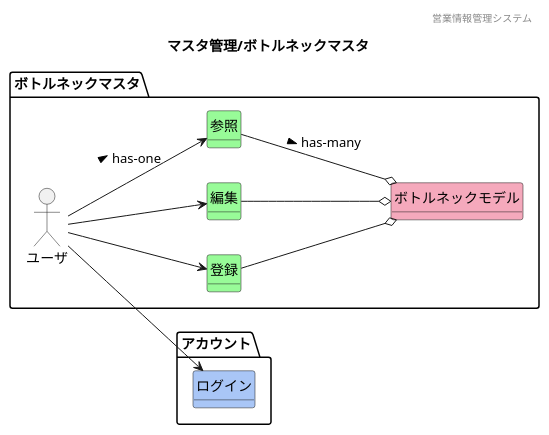
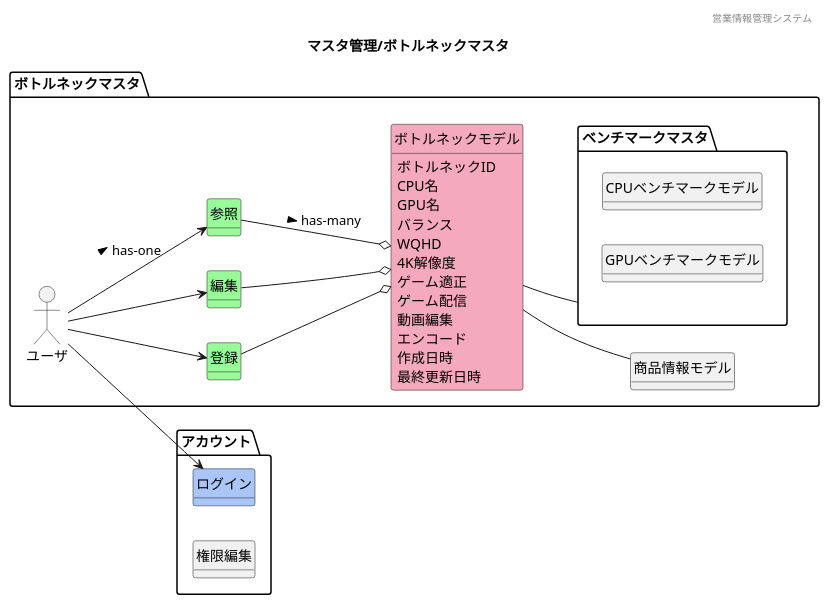
Before and after one commit to HaruShim/Sotuken: the diagram in 各種設計書/1ドメインモデル図/マスタ管理/F06ボトルネックマスタ.plantuml, drawn with PlantUML. The commit also changed 13 other files, not shown here.

```diff
--- a/各種設計書/1ドメインモデル図/マスタ管理/F06ボトルネックマスタ.plantuml
+++ b/各種設計書/1ドメインモデル図/マスタ管理/F06ボトルネックマスタ.plantuml
@@ -1,43 +1,65 @@
 @startuml images/マスタ管理/ボトルネックマスタ
 ' ヘッダー
 header 営業情報管理システム
 ' タイトル
 title マスタ管理/ボトルネックマスタ
 ' 
 hide circle
 ' 
 hide method
 left to right direction
 
 package "アカウント"{
     class "ログイン" #A9C6F6
+    class "権限編集"
 }
 
 package "ボトルネックマスタ" {
     'ユーザや外部システム
     mix_actor "ユーザ"
     class "登録" #98fb98
     class "編集" #98fb98
     class "参照" #98fb98
     class "ボトルネックモデル" #F5A9BC
+    package ベンチマークマスタ{
+        class CPUベンチマークモデル
+        class GPUベンチマークモデル
+    }
+    class 商品情報モデル
     ' class "" #F5A9BC
     ' class "" #ffd700
 
     'モデル同士の関係
     ユーザ --> 参照 : > has-one
     ユーザ --> 編集
     ユーザ --> 登録
     ユーザ --> ログイン
     参照 --o ボトルネックモデル : > has-many
     編集 --o ボトルネックモデル
     登録 --o ボトルネックモデル
-    ' ER図の記載がないため飛ばす
+    ボトルネックモデル -- ベンチマークマスタ
+    ボトルネックモデル -- 商品情報モデル
+
     ' ボトルネックモデル
 
     'ドメインクラスの属性
+    ボトルネックモデル : ボトルネックID
+    ボトルネックモデル : CPU名
+    ボトルネックモデル : GPU名
+    ボトルネックモデル : バランス
+    ボトルネックモデル : WQHD
+    ボトルネックモデル : 4K解像度
+    ボトルネックモデル : ゲーム適正
+    ボトルネックモデル : ゲーム配信
+    ボトルネックモデル : 動画編集
+    ボトルネックモデル : エンコード
+    ボトルネックモデル : 作成日時
+    ボトルネックモデル : 最終更新日時
+
+
 
 }
 
 
 
 @enduml
```
